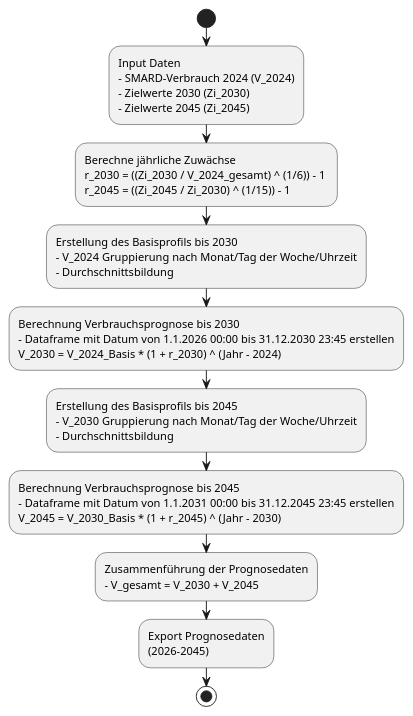
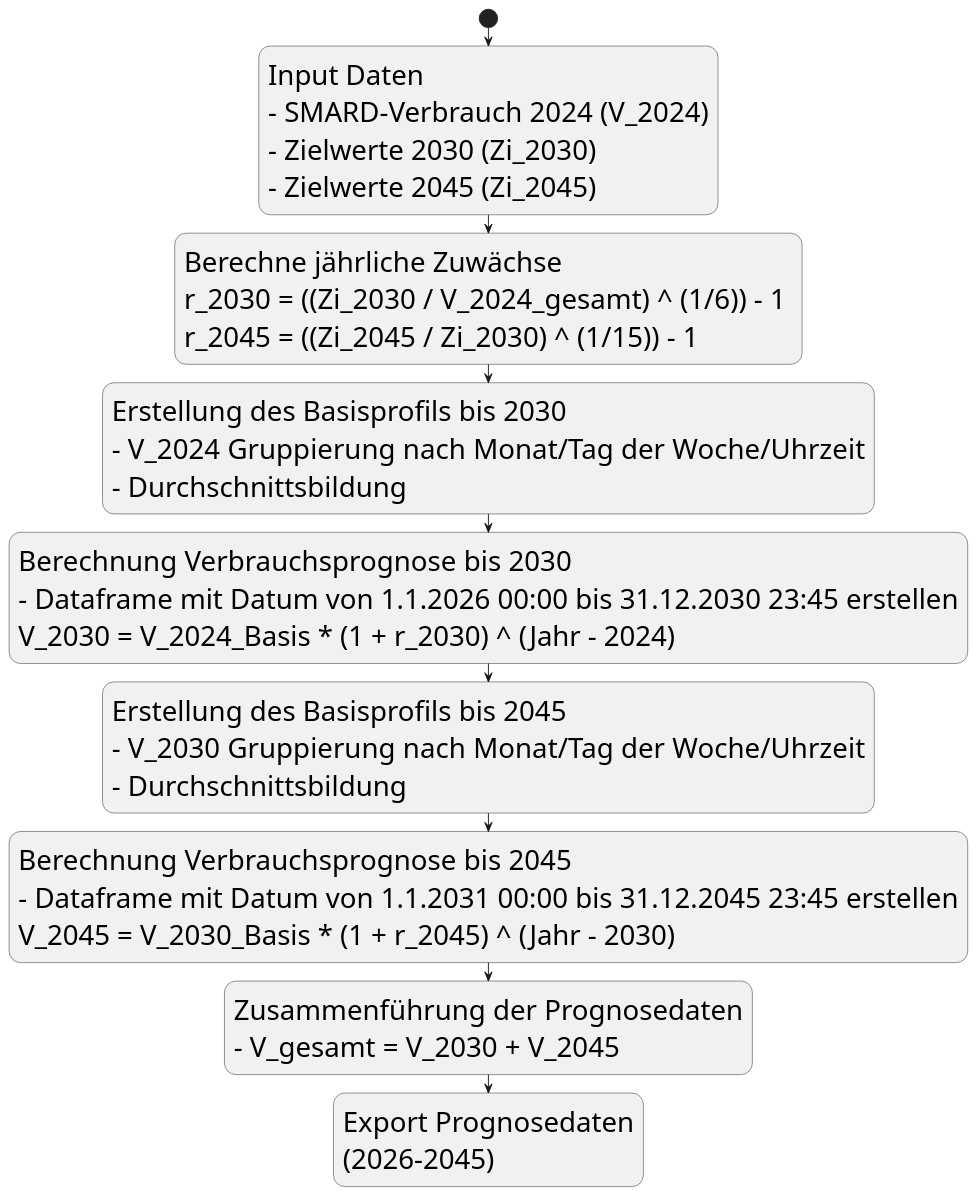
One commit to gitroi/IPJ1-Pottkieker changed the diagram in Sonstiges/UML_Diagramme/Verbrauch.plantuml. Above: the diagram before and after it, drawn with PlantUML. The commit also changed 3 other files, not shown here.

Commit message:
Diagramme überarbeitet

```diff
--- a/Sonstiges/UML_Diagramme/Verbrauch.plantuml
+++ b/Sonstiges/UML_Diagramme/Verbrauch.plantuml
@@ -1,36 +1,37 @@
 @startuml Verbrauchsprognose
+skinparam ActivityFontSize 30
 start
 
 :Input Daten
 - SMARD-Verbrauch 2024 (V_2024)
 - Zielwerte 2030 (Zi_2030)
 - Zielwerte 2045 (Zi_2045);
 
 :Berechne jährliche Zuwächse
 r_2030 = ((Zi_2030 / V_2024_gesamt) ^ (1/6)) - 1 
 r_2045 = ((Zi_2045 / Zi_2030) ^ (1/15)) - 1;
 
 :Erstellung des Basisprofils bis 2030
 - V_2024 Gruppierung nach Monat/Tag der Woche/Uhrzeit
 - Durchschnittsbildung;
 
 :Berechnung Verbrauchsprognose bis 2030
 - Dataframe mit Datum von 1.1.2026 00:00 bis 31.12.2030 23:45 erstellen
 V_2030 = V_2024_Basis * (1 + r_2030) ^ (Jahr - 2024);
 
 :Erstellung des Basisprofils bis 2045
 - V_2030 Gruppierung nach Monat/Tag der Woche/Uhrzeit
 - Durchschnittsbildung;
 
 :Berechnung Verbrauchsprognose bis 2045
 - Dataframe mit Datum von 1.1.2031 00:00 bis 31.12.2045 23:45 erstellen
 V_2045 = V_2030_Basis * (1 + r_2045) ^ (Jahr - 2030);
 
 :Zusammenführung der Prognosedaten
 - V_gesamt = V_2030 + V_2045;
 
 :Export Prognosedaten
 (2026–2045);
 
-stop
+
 @enduml
```
